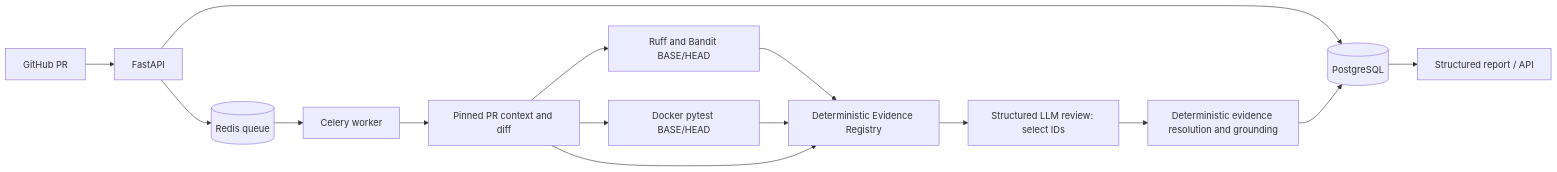
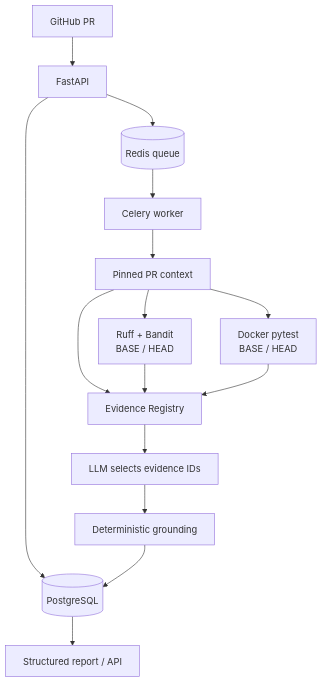
One commit to shuhanzhou01-stack/codeguard changed the diagram in README.md. Above: the diagram before and after it, drawn with Mermaid. The commit also changed other lines of this file, not shown here.

Commit message:
docs: polish v1.2.0 README presentation

````diff
--- a/README.md
+++ b/README.md
@@ -25,17 +25,17 @@
 ```mermaid
-flowchart LR
-    GH[GitHub PR] --> API[FastAPI]
+flowchart TB
+    PR["GitHub PR"] --> API["FastAPI"]
     API --> PG[(PostgreSQL)]
-    API --> R[(Redis queue)]
-    R --> W[Celery worker]
-    W --> PC[Pinned PR context and diff]
-    PC --> SA[Ruff and Bandit BASE/HEAD]
-    PC --> DX[Docker pytest BASE/HEAD]
-    SA --> ER[Deterministic Evidence Registry]
-    DX --> ER
-    PC --> ER
-    ER --> LLM[Structured LLM review: select IDs]
-    LLM --> RES[Deterministic evidence resolution and grounding]
-    RES --> PG
-    PG --> REPORT[Structured report / API]
+    API --> REDIS[(Redis queue)]
+    REDIS --> WORKER["Celery worker"]
+    WORKER --> CONTEXT["Pinned PR context"]
+    CONTEXT --> STATIC["Ruff + Bandit<br/>BASE / HEAD"]
+    CONTEXT --> TESTS["Docker pytest<br/>BASE / HEAD"]
+    CONTEXT --> REGISTRY["Evidence Registry"]
+    STATIC --> REGISTRY
+    TESTS --> REGISTRY
+    REGISTRY --> LLM["LLM selects evidence IDs"]
+    LLM --> GROUND["Deterministic grounding"]
+    GROUND --> PG
+    PG --> REPORT["Structured report / API"]
 ```
````
